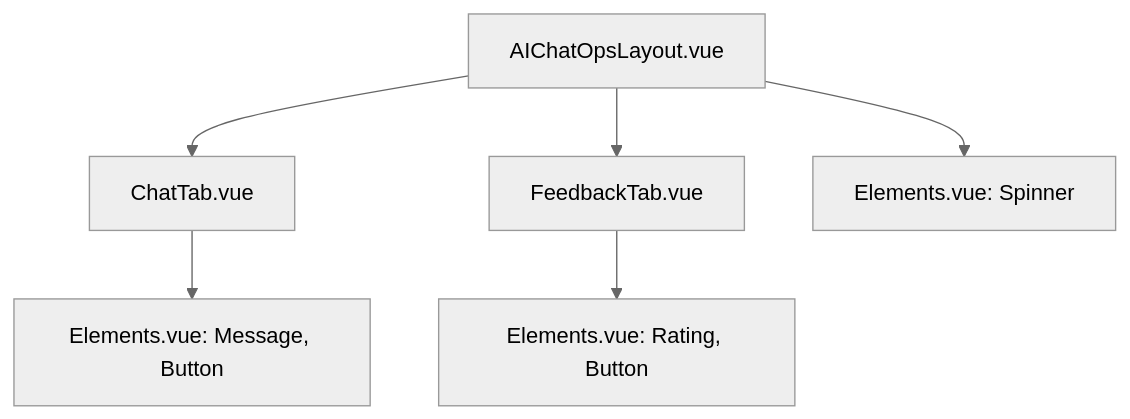
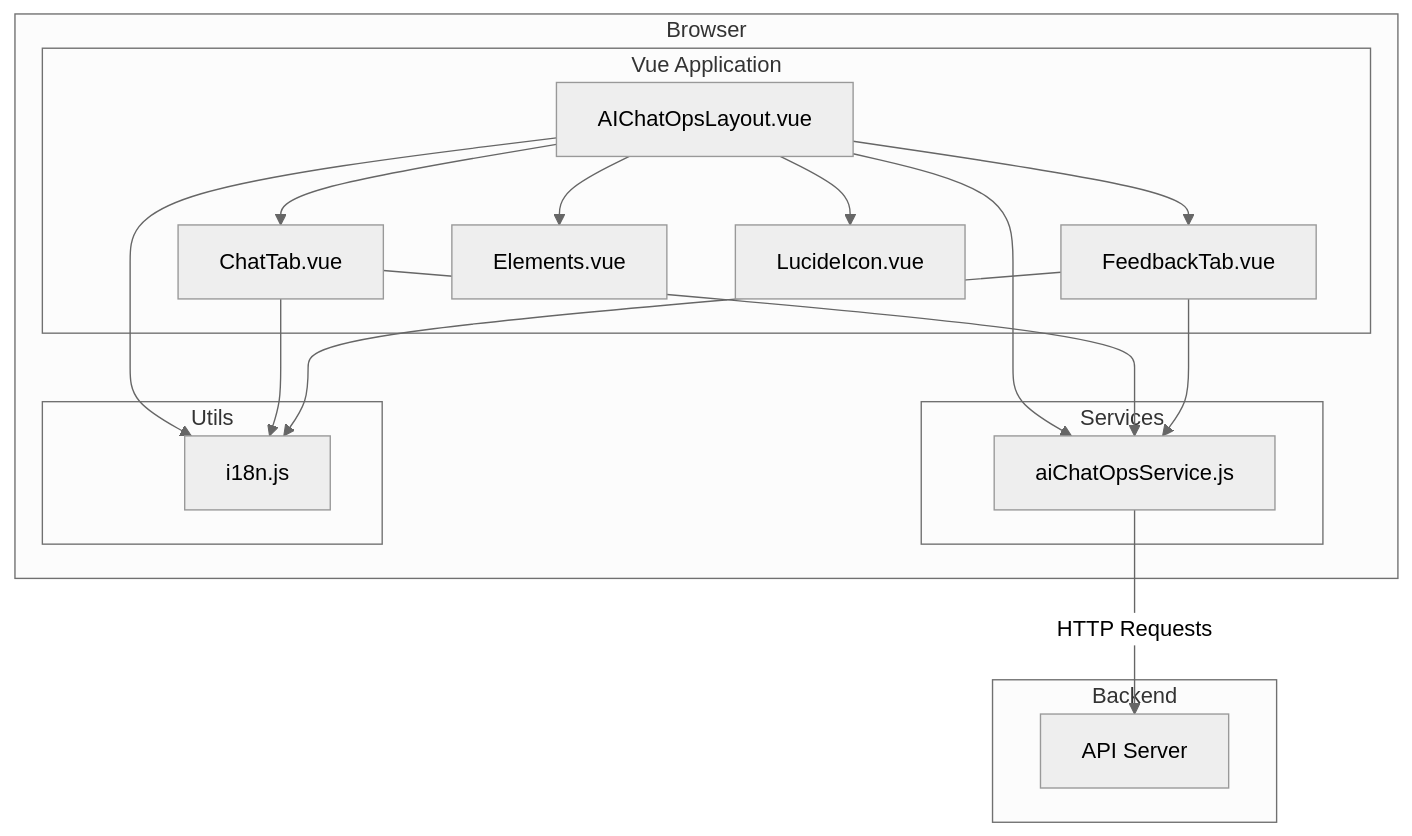
Before and after one commit to ringo-hik/playgorund: the diagram in docs/AIChatOps_Detailed_Design.md, drawn with Mermaid (neutral theme). The commit also changed other lines of this file and 3 other files, not shown here.

````diff
--- a/docs/AIChatOps_Detailed_Design.md
+++ b/docs/AIChatOps_Detailed_Design.md
@@ -19,8 +11,25 @@
 ```mermaid
 graph TD
-    A[AIChatOpsLayout.vue] --> B[ChatTab.vue];
-    A --> C[FeedbackTab.vue];
-    A --> D[Elements.vue: Spinner];
-    B --> E[Elements.vue: Message, Button];
-    C --> F[Elements.vue: Rating, Button];
+    subgraph Browser
+        subgraph Vue Application
+            A[AIChatOpsLayout.vue] --> B[ChatTab.vue];
+            A --> C[FeedbackTab.vue];
+            A --> F[Elements.vue];
+            A --> G[LucideIcon.vue];
+        end
+        subgraph Services
+            D[aiChatOpsService.js];
+        end
+        subgraph Utils
+            E[i18n.js];
+        end
+    end
+
+    subgraph Backend
+        H[API Server];
+    end
+
+    A & B & C --> D;
+    A & B & C --> E;
+    D -- HTTP Requests --> H;
 ```
````
